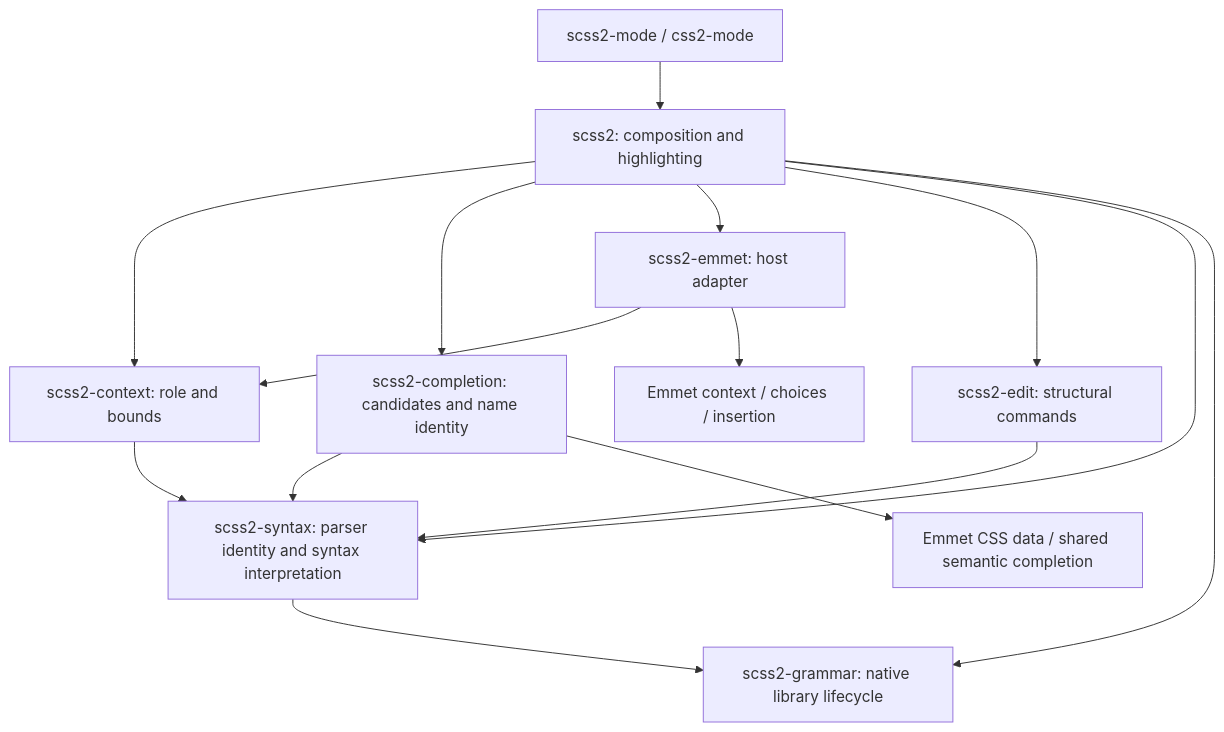
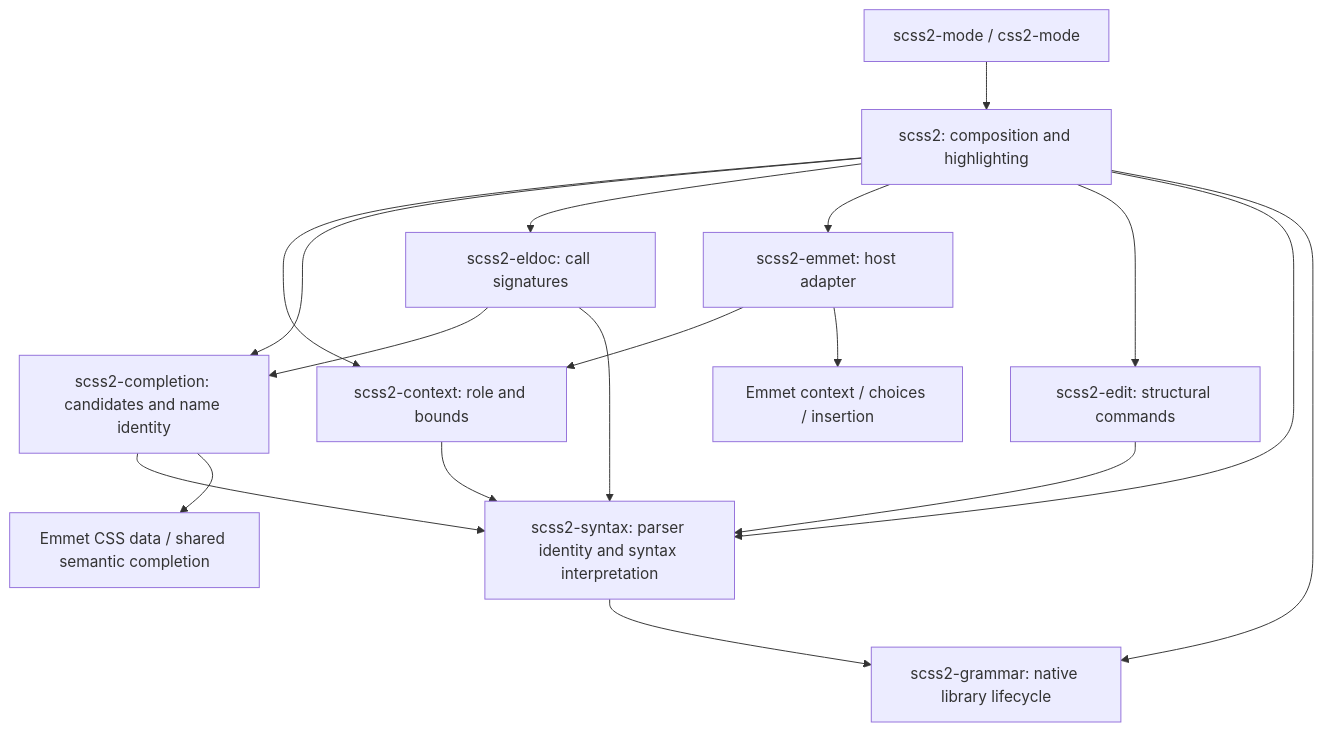
Before and after one commit to P233/scss2-mode: the diagram in docs/architecture.md, drawn with Mermaid. The commit also changed other lines of this file and 7 other files, not shown here.

First line of the commit message:
feat: show Sass call signatures with eldoc

````diff
--- a/docs/architecture.md
+++ b/docs/architecture.md
@@ -10,17 +10,20 @@
 ```mermaid
 flowchart TD
   Modes[scss2-mode / css2-mode] --> Host[scss2: composition and highlighting]
   Host --> Context[scss2-context: role and bounds]
   Host --> Completion[scss2-completion: candidates and name identity]
+  Host --> Eldoc[scss2-eldoc: call signatures]
+  Eldoc --> Completion
+  Eldoc --> Syntax
   Host --> Emmet[scss2-emmet: host adapter]
   Host --> Edit[scss2-edit: structural commands]
   Emmet --> Context
   Context --> Syntax[scss2-syntax: parser identity and syntax interpretation]
   Completion --> Syntax
   Edit --> Syntax
   Syntax --> Grammar[scss2-grammar: native library lifecycle]
   Host --> Syntax
   Host --> Grammar
   Completion --> Data[Emmet CSS data / shared semantic completion]
   Emmet --> Engine[Emmet context / choices / insertion]
 ```
````
